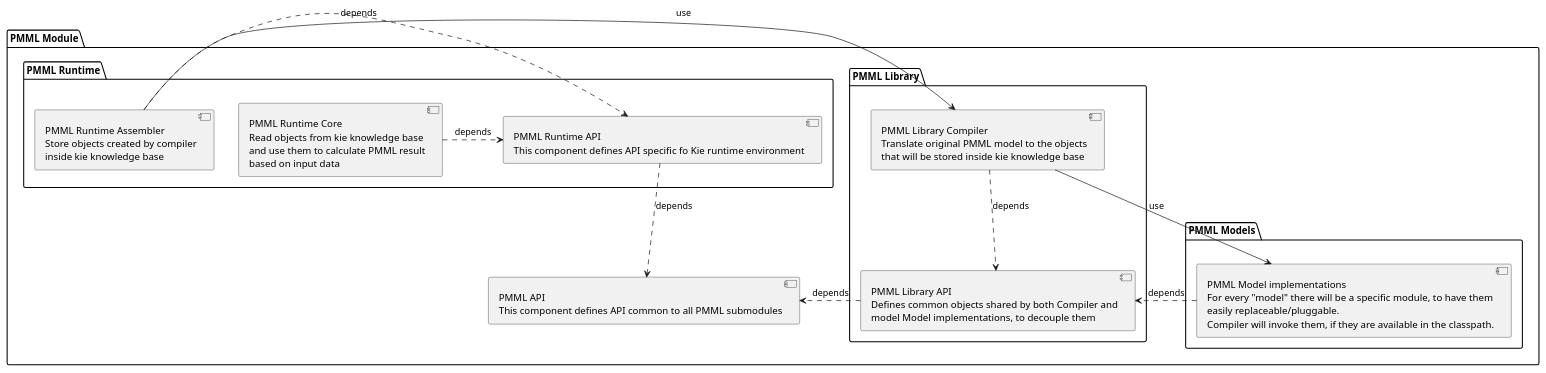
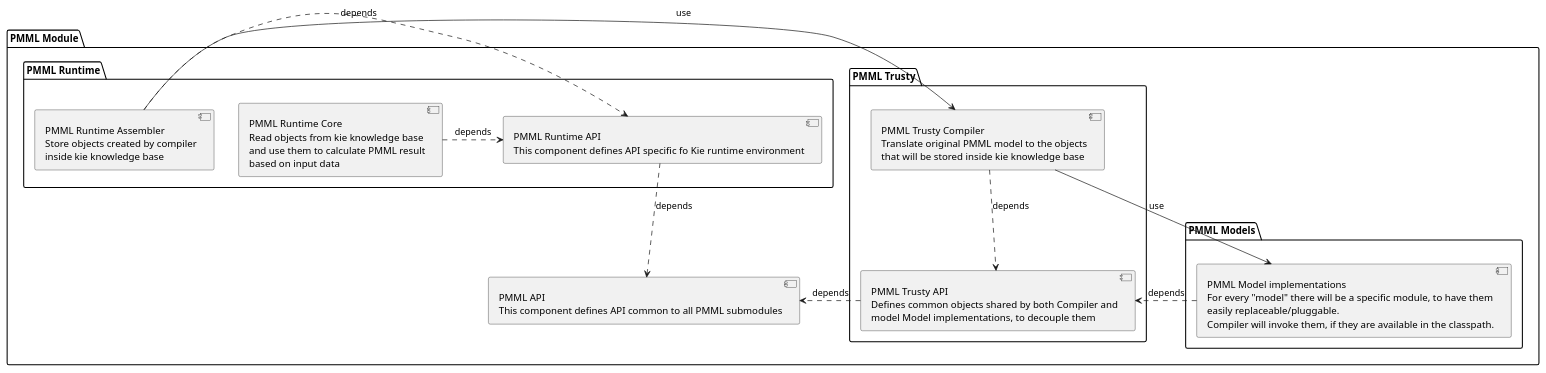
The diagram in kie-pmml-trusty/Architecture.puml (apache/incubator-kie-drools), drawn with PlantUML before and after one commit. The commit also changed 4 other files, not shown here.

```diff
--- a/kie-pmml-trusty/Architecture.puml
+++ b/kie-pmml-trusty/Architecture.puml
@@ -1,73 +1,66 @@
 @startuml
 'default
 top to bottom direction
 
 package "PMML Module" {
 
 component api [
         PMML API
         This component defines API common to all PMML submodules
         ]
 
-package "PMML Library" {
-    /'component library_marshaller [
-        PMML Marshaller
-        This component is only responsible of plain marshalling/unmarshalling,
-        generating kie-agnostic objects.
-        It may also be an already existing library (jpmml ?)
-        ]'/
-    component library_api [
-            PMML Library API
+package "PMML Trusty" {
+    component trusty_api [
+            PMML Trusty API
             Defines common objects shared by both Compiler and
             model Model implementations, to decouple them
             ]
-    component library_compiler [
-        PMML Library Compiler
+    component trusty_compiler [
+        PMML Trusty Compiler
         Translate original PMML model to the objects
         that will be stored inside kie knowledge base
         ]
 }
 
 package "PMML Models" {
     component implementations [
         PMML Model implementations
         For every "model" there will be a specific module, to have them
         easily replaceable/pluggable.
         Compiler will invoke them, if they are available in the classpath.
         ]
 }
 
 package "PMML Runtime" {
 
     component runtime_api [
         PMML Runtime API
         This component defines API specific fo Kie runtime environment
         ]
 
     component runtime_assembler [
         PMML Runtime Assembler
         Store objects created by compiler
         inside kie knowledge base
         ]
 
      component runtime_core [
              PMML Runtime Core
              Read objects from kie knowledge base
              and use them to calculate PMML result
              based on input data
          ]
 }
 
 
-/'library_compiler --> marshaller : use'/
-library_api .> api : depends
+trusty_api .> api : depends
 runtime_api .> api : depends
-library_compiler ..> library_api : depends
-implementations .> library_api : depends
-library_compiler -> implementations : use
+trusty_compiler ..> trusty_api : depends
+implementations .> trusty_api : depends
+trusty_compiler -> implementations : use
 runtime_core .> runtime_api : depends
-runtime_assembler -> library_compiler : use
+runtime_assembler -> trusty_compiler : use
 runtime_assembler .> runtime_api : depends
 }
 
 @enduml
```
